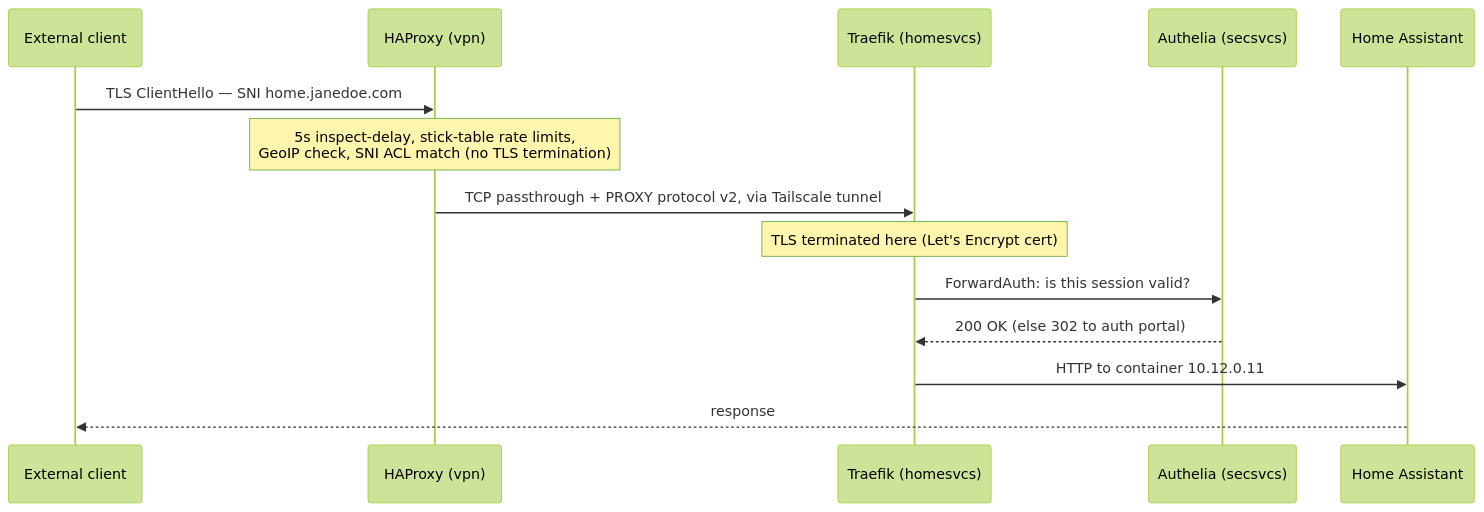
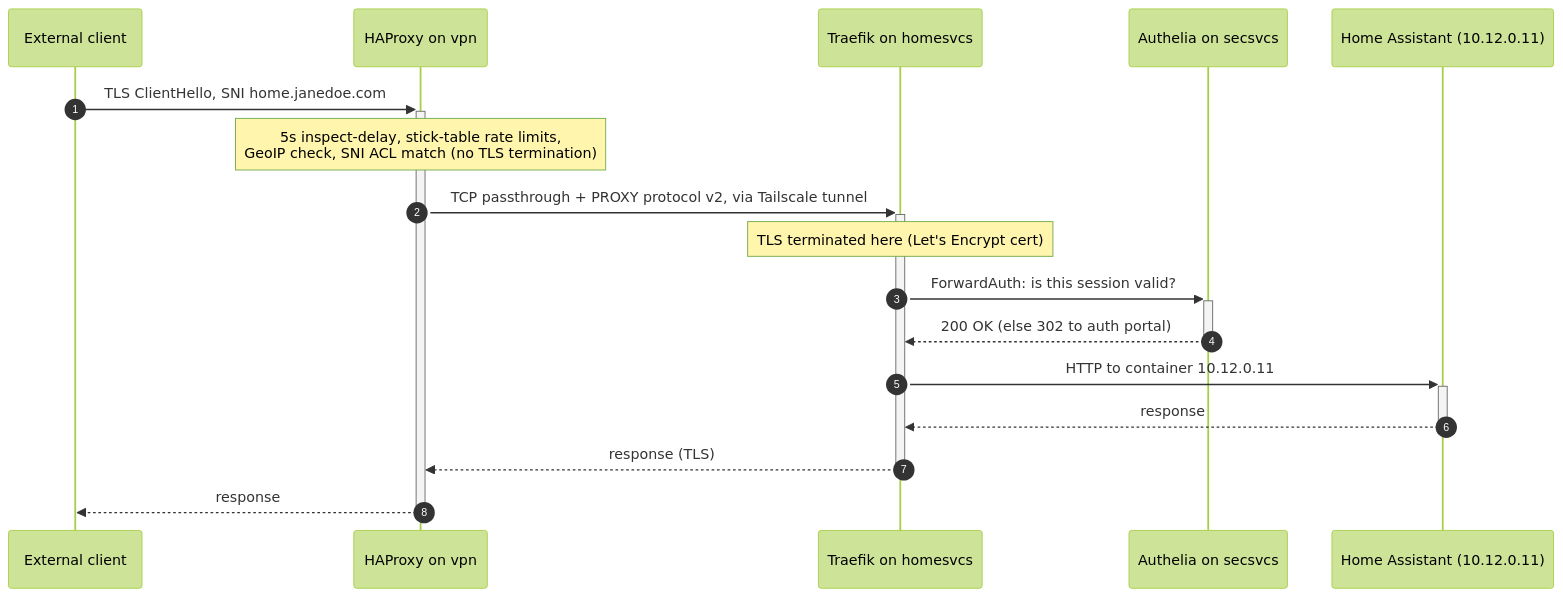
The second of 2 diagrams in docs/networking.md (babraham123/homelab), drawn with Mermaid (forest theme) before and after one commit. The commit also changed other lines of this file and 11 other files, not shown here.

Commit message:
improve diagrams, wording in docs/

````diff
--- a/docs/networking.md
+++ b/docs/networking.md
@@ -136,17 +151,20 @@
 ```mermaid
 sequenceDiagram
+    autonumber
     participant C as External client
-    participant H as HAProxy (vpn)
-    participant T as Traefik (homesvcs)
-    participant A as Authelia (secsvcs)
-    participant S as Home Assistant
+    participant H as HAProxy on vpn
+    participant T as Traefik on homesvcs
+    participant A as Authelia on secsvcs
+    participant S as Home Assistant (10.12.0.11)
 
-    C->>H: TLS ClientHello — SNI home.janedoe.com
+    C->>+H: TLS ClientHello, SNI home.janedoe.com
     Note over H: 5s inspect-delay, stick-table rate limits,<br/>GeoIP check, SNI ACL match (no TLS termination)
-    H->>T: TCP passthrough + PROXY protocol v2, via Tailscale tunnel
+    H->>+T: TCP passthrough + PROXY protocol v2, via Tailscale tunnel
     Note over T: TLS terminated here (Let's Encrypt cert)
-    T->>A: ForwardAuth: is this session valid?
-    A-->>T: 200 OK (else 302 to auth portal)
-    T->>S: HTTP to container 10.12.0.11
-    S-->>C: response
+    T->>+A: ForwardAuth: is this session valid?
+    A-->>-T: 200 OK (else 302 to auth portal)
+    T->>+S: HTTP to container 10.12.0.11
+    S-->>-T: response
+    T-->>-H: response (TLS)
+    H-->>-C: response
 ```
````
